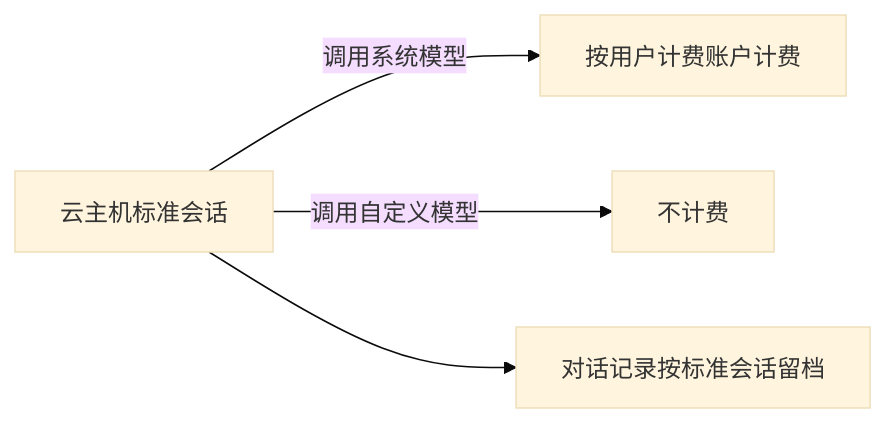
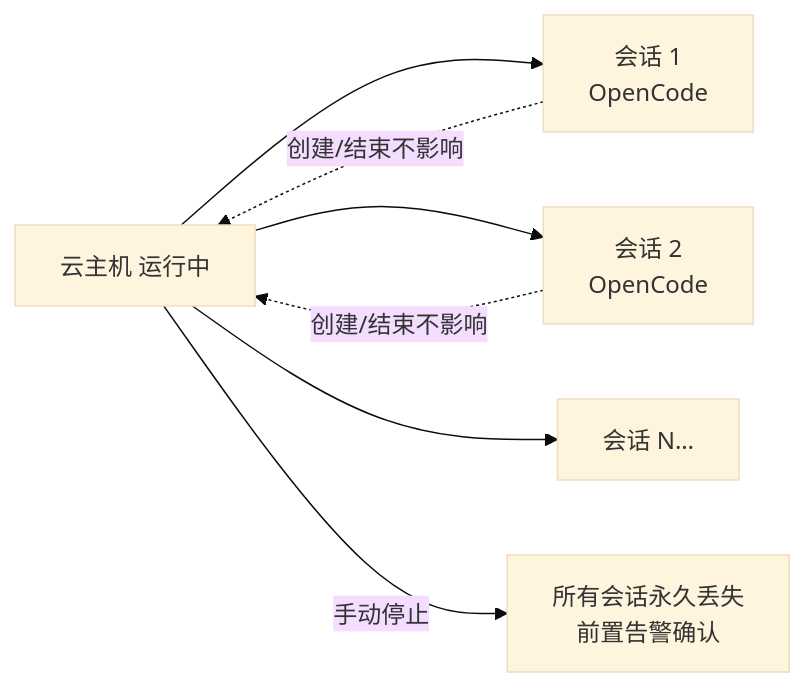
One commit to Deliay/z-agent-gear changed the third of 3 diagrams in docs/product/draft/20261020-container-harness-support.md. Above: the diagram before and after it, drawn with Mermaid (base theme). The commit also changed other lines of this file and 3 other files, not shown here.

````diff
--- a/docs/product/draft/20261020-container-harness-support.md
+++ b/docs/product/draft/20261020-container-harness-support.md
@@ -189,6 +225,9 @@
 ```mermaid
 flowchart LR
-    A[云主机标准会话] -->|调用系统模型| B[按用户计费账户计费]
-    A -->|调用自定义模型| C[不计费]
-    A --> D[对话记录按标准会话留档]
+    A[云主机 运行中] --> B[会话 1<br/>OpenCode]
+    A --> C[会话 2<br/>OpenCode]
+    A --> D[会话 N…]
+    B -.创建/结束不影响.-> A
+    C -.创建/结束不影响.-> A
+    A -->|手动停止| E[所有会话永久丢失<br/>前置告警确认]
 ```
````
